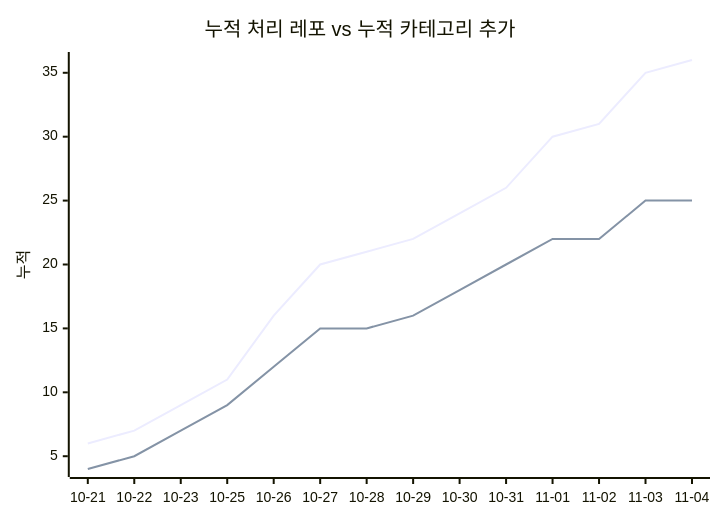
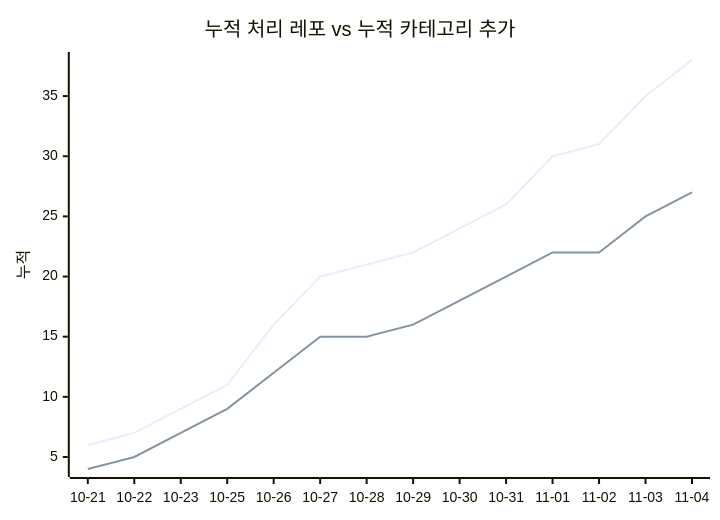
Before and after one commit to J-nowcow/awesome-korean-agent-skills: the second of 2 diagrams in docs/trends.md, drawn with Mermaid. The commit also changed other lines of this file and 5 other files, not shown here.

````diff
--- a/docs/trends.md
+++ b/docs/trends.md
@@ -68,8 +68,8 @@
 ```mermaid
 xychart-beta
     title "누적 처리 레포 vs 누적 카테고리 추가"
     x-axis ["10-21","10-22","10-23","10-25","10-26","10-27","10-28","10-29","10-30","10-31","11-01","11-02","11-03","11-04"]
     y-axis "누적"
-    line [6,7,9,11,16,20,21,22,24,26,30,31,35,36]
-    line [4,5,7,9,12,15,15,16,18,20,22,22,25,25]
+    line [6,7,9,11,16,20,21,22,24,26,30,31,35,38]
+    line [4,5,7,9,12,15,15,16,18,20,22,22,25,27]
 ```
````
